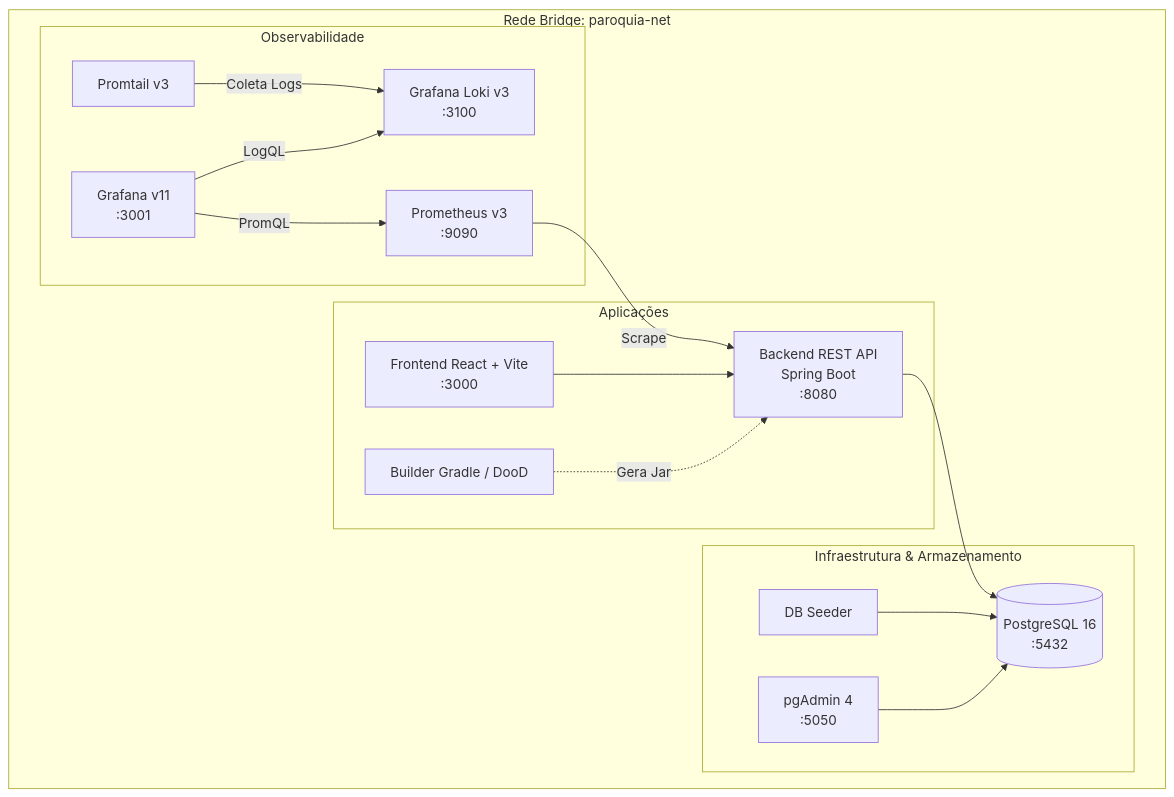
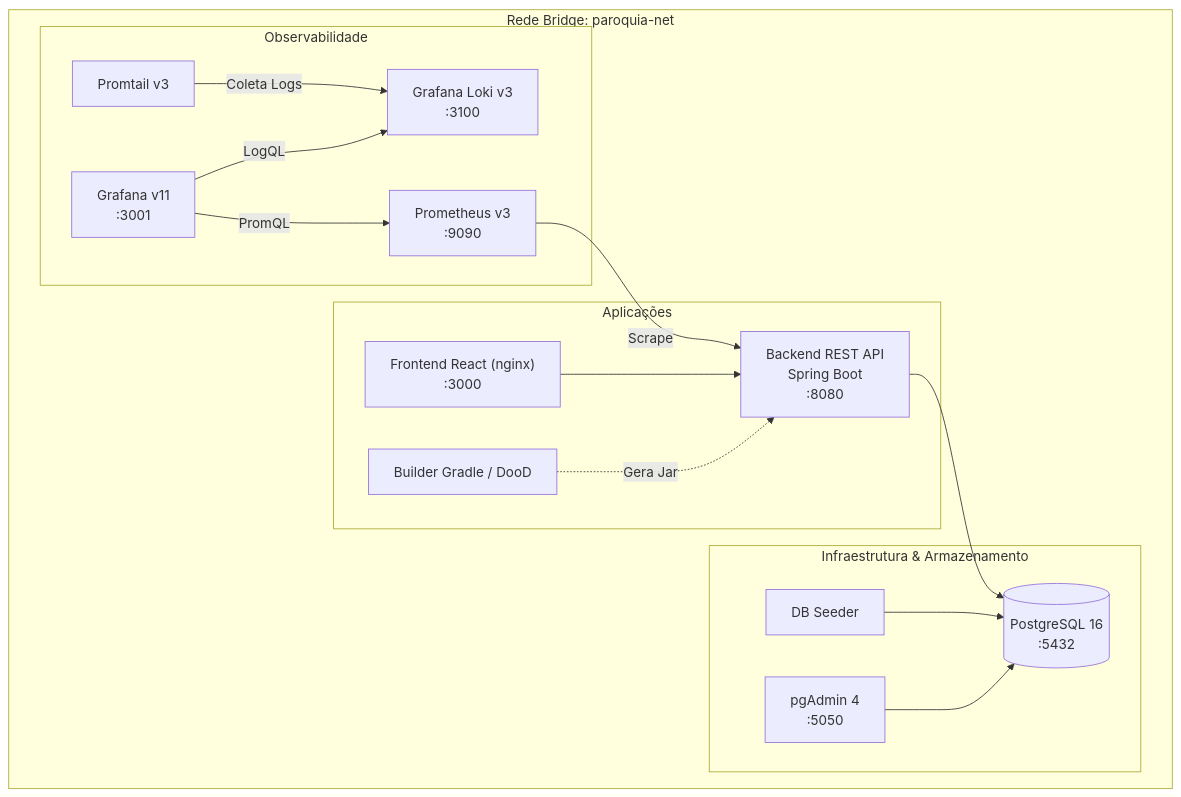
One commit to BrunoLV/paroquia changed the diagram in docs/guide/docker.md. Above: the diagram before and after it, drawn with Mermaid. The commit also changed other lines of this file and 467 other files, not shown here.

````diff
--- a/docs/guide/docker.md
+++ b/docs/guide/docker.md
@@ -11,33 +11,33 @@
 ```mermaid
 flowchart TD
     subgraph ParoquiaNet["Rede Bridge: paroquia-net"]
         subgraph Infra["Infraestrutura & Armazenamento"]
             DB[("PostgreSQL 16\n:5432")]
             Seeder["DB Seeder"]
             PGAdmin["pgAdmin 4\n:5050"]
         end
 
         subgraph Apps["Aplicações"]
             Builder["Builder Gradle / DooD"]
             API["Backend REST API\nSpring Boot\n:8080"]
-            UI["Frontend React + Vite\n:3000"]
+            UI["Frontend React (nginx)\n:3000"]
         end
 
         subgraph Metrics["Observabilidade"]
             Prometheus["Prometheus v3\n:9090"]
             Loki["Grafana Loki v3\n:3100"]
             Promtail["Promtail v3"]
             Grafana["Grafana v11\n:3001"]
         end
     end
 
     UI --> API
     API --> DB
     Seeder --> DB
     PGAdmin --> DB
     Prometheus -->|Scrape| API
     Promtail -->|Coleta Logs| Loki
     Grafana -->|PromQL| Prometheus
     Grafana -->|LogQL| Loki
     Builder -.->|Gera Jar| API
 ```
````
